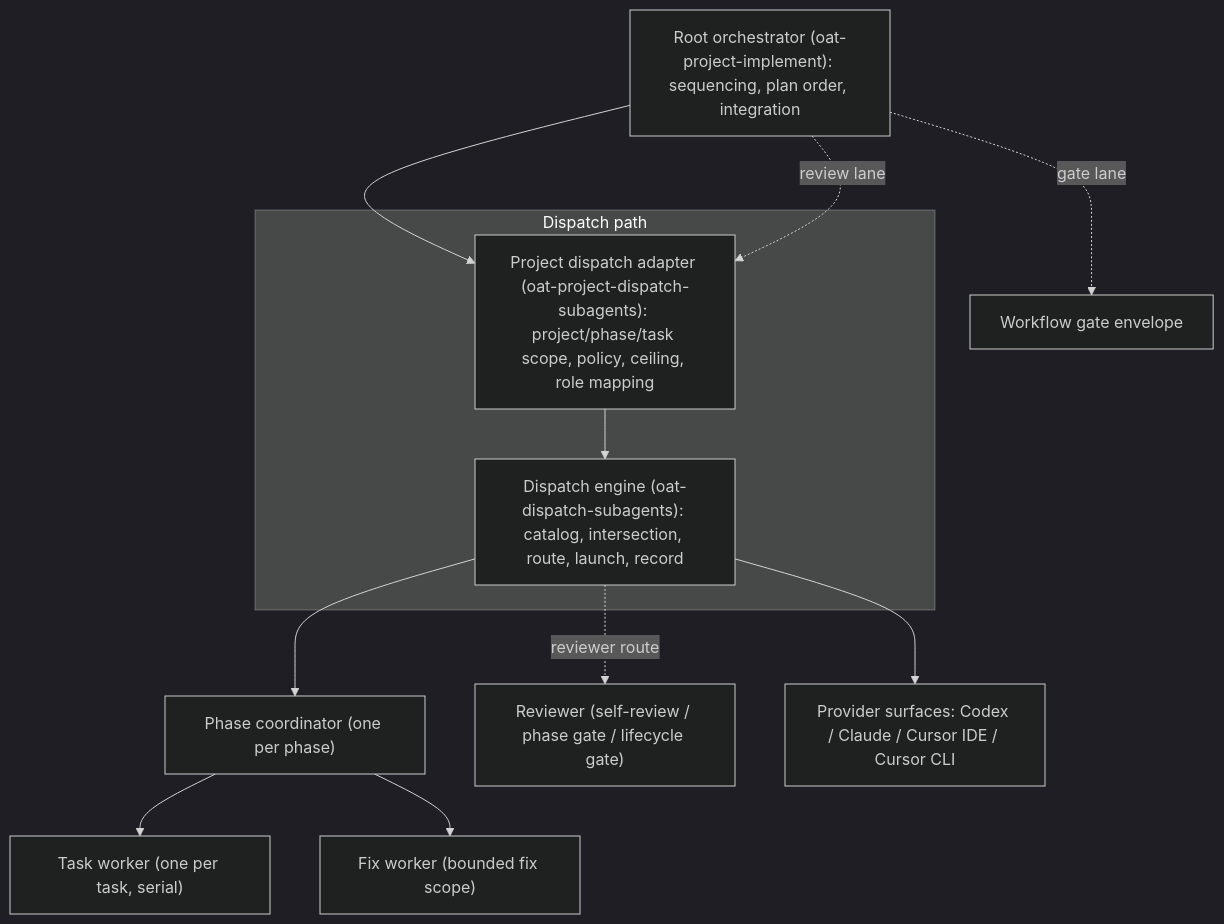
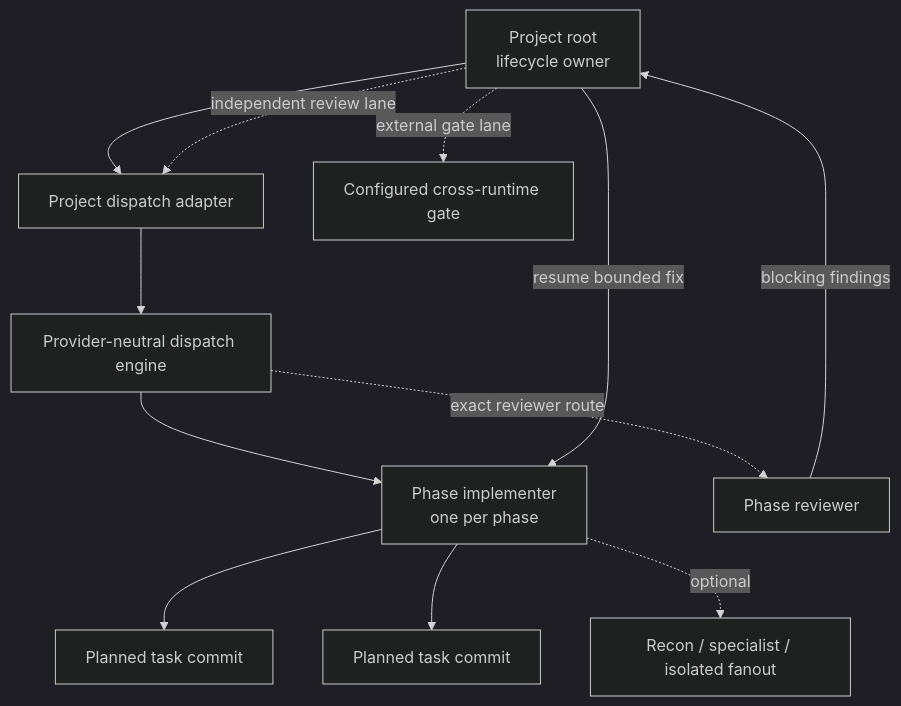
The first of 2 diagrams in apps/oat-docs/docs/workflows/projects/orchestration-model.md (voxmedia/open-agent-toolkit), drawn with Mermaid (dark theme) before and after one commit. The commit also changed other lines of this file and 12 other files, not shown here.

````diff
--- a/apps/oat-docs/docs/workflows/projects/orchestration-model.md
+++ b/apps/oat-docs/docs/workflows/projects/orchestration-model.md
@@ -46,22 +20,19 @@
 ```mermaid
 flowchart TD
-  Root["Root orchestrator (oat-project-implement): sequencing, plan order, integration"]
+  Root["Project root\nlifecycle owner"]
+  Adapter["Project dispatch adapter"]
+  Engine["Provider-neutral dispatch engine"]
 
-  subgraph Dispatch["Dispatch path"]
-    Adapter["Project dispatch adapter (oat-project-dispatch-subagents): project/phase/task scope, policy, ceiling, role mapping"]
-    Engine["Dispatch engine (oat-dispatch-subagents): catalog, intersection, route, launch, record"]
-    Adapter --> Engine
-  end
+  Root --> Adapter --> Engine
+  Engine --> P["Phase implementer\none per phase"]
+  P --> T1["Planned task commit"]
+  P --> T2["Planned task commit"]
+  P -. optional .-> Recon["Recon / specialist / isolated fanout"]
 
-  Root --> Adapter
-  Engine --> Coord["Phase coordinator (one per phase)"]
-  Coord --> W1["Task worker (one per task, serial)"]
-  Coord --> W2["Fix worker (bounded fix scope)"]
+  Root -. independent review lane .-> Adapter
+  Engine -. exact reviewer route .-> R["Phase reviewer"]
+  R -->|blocking findings| Root
+  Root -->|resume bounded fix| P
 
-  Root -. review lane .-> Adapter
-  Engine -. reviewer route .-> Rev["Reviewer (self-review / phase gate / lifecycle gate)"]
-  Root -. gate lane .-> Gate["Workflow gate envelope"]
-
-  Provider["Provider surfaces: Codex / Claude / Cursor IDE / Cursor CLI"]
-  Engine --> Provider
+  Root -. external gate lane .-> G["Configured cross-runtime gate"]
 ```
````
